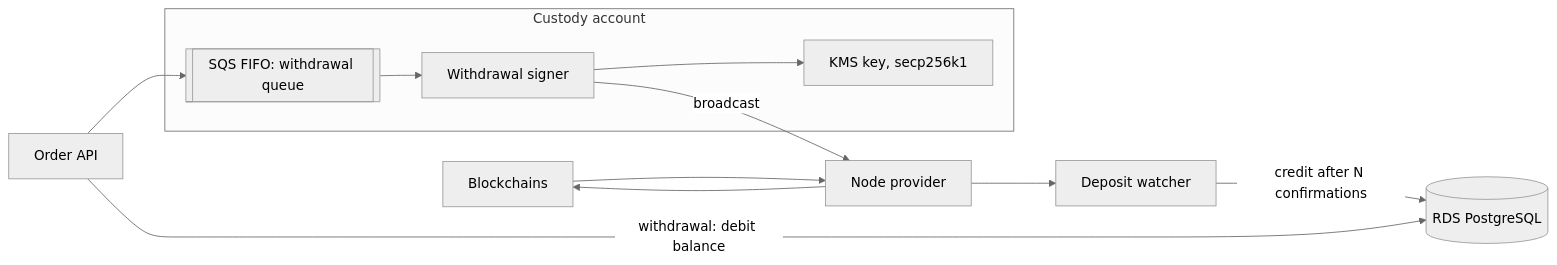
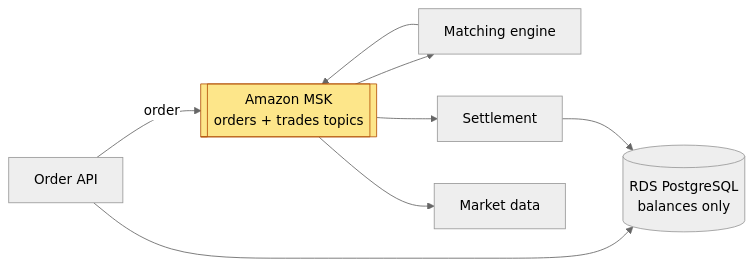
One commit to knightus/99tech-devops-challenge changed the fourth of 6 diagrams in src/problem1/SOLUTION.md. Above: the diagram before and after it, drawn with Mermaid (neutral theme). The commit also changed other lines of this file, not shown here.

````diff
--- a/src/problem1/SOLUTION.md
+++ b/src/problem1/SOLUTION.md
@@ -129,11 +161,9 @@
 ```mermaid
 flowchart LR
-  CH[Blockchains] --> NP[Node provider]
-  NP --> DW[Deposit watcher] -->|credit after N confirmations| DB[(RDS PostgreSQL)]
-  API[Order API] -->|withdrawal: debit balance| DB
-  API --> Q[[SQS FIFO: withdrawal queue]]
-  subgraph Custody account
-    Q --> WS[Withdrawal signer] --> KMS[KMS key, secp256k1]
-  end
-  WS -->|broadcast| NP --> CH
+  API[Order API] --> RDS[(RDS PostgreSQL<br/>balances only)]
+  API -->|order| MSK[[Amazon MSK<br/>orders + trades topics]]
+  MSK --> ME[Matching engine] --> MSK
+  MSK --> SET[Settlement] --> RDS
+  MSK --> MD[Market data]
+  style MSK fill:#fde68a,stroke:#b45309
 ```
````
